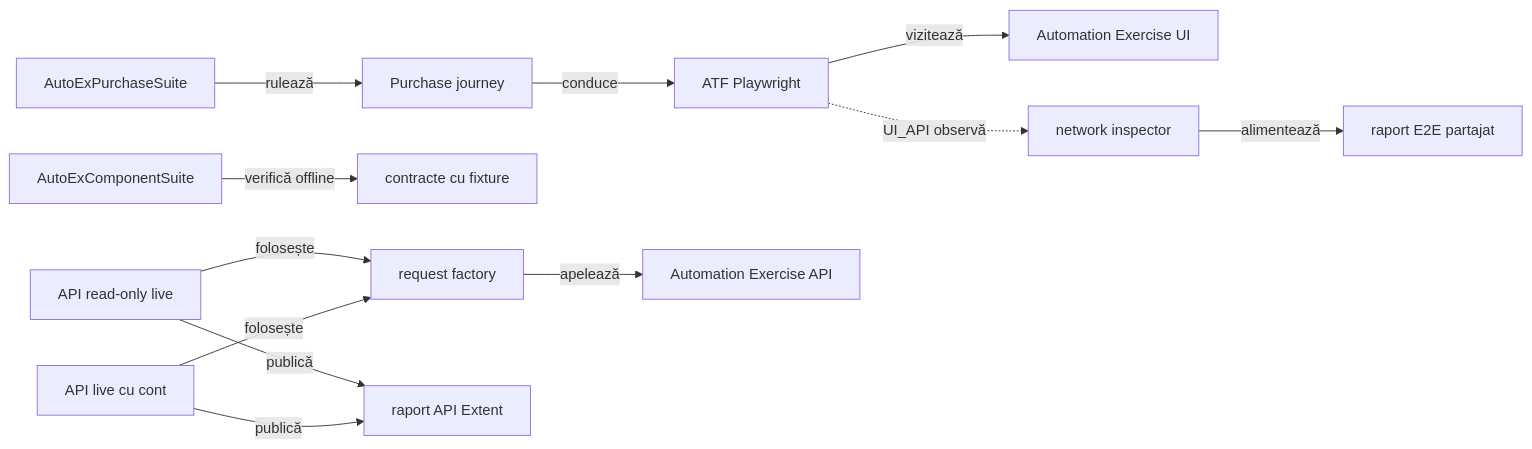
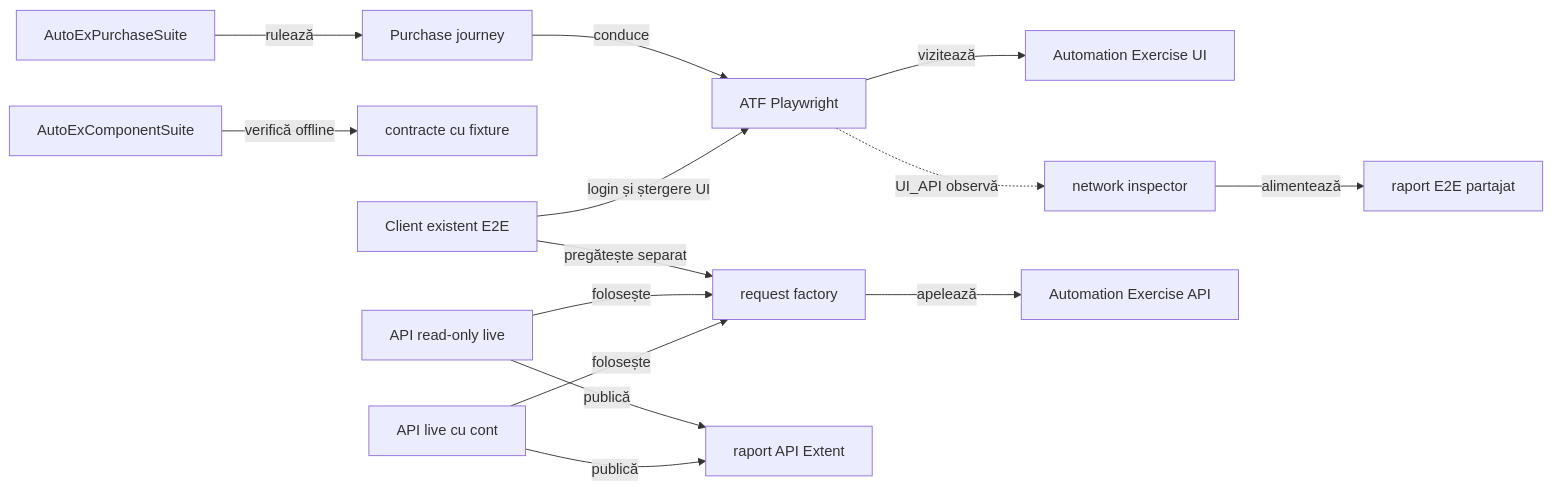
Before and after one commit to crististefanita/demo2: the second of 2 diagrams in atf-test-auto-ex/README.md, drawn with Mermaid. The commit also changed other lines of this file and 31 other files, not shown here.

````diff
--- a/atf-test-auto-ex/README.md
+++ b/atf-test-auto-ex/README.md
@@ -449,14 +466,16 @@
 ```mermaid
 flowchart LR
     E2E[AutoExPurchaseSuite] -->|rulează| Journey[Purchase journey]
     Journey -->|conduce| Browser[ATF Playwright]
     Browser -->|vizitează| Site[Automation Exercise UI]
     Browser -.->|UI_API observă| Inspector[network inspector]
     Inspector -->|alimentează| UiReport[raport E2E partajat]
     Components[AutoExComponentSuite] -->|verifică offline| Fixtures[contracte cu fixture]
+    Existing[Client existent E2E] -->|pregătește separat| Factory
+    Existing -->|login și ștergere UI| Browser
     ReadOnly[API read-only live] -->|folosește| Factory[request factory]
     AccountApi[API live cu cont] -->|folosește| Factory
     Factory -->|apelează| Api[Automation Exercise API]
     ReadOnly -->|publică| ApiReport[raport API Extent]
     AccountApi -->|publică| ApiReport
 ```
````
